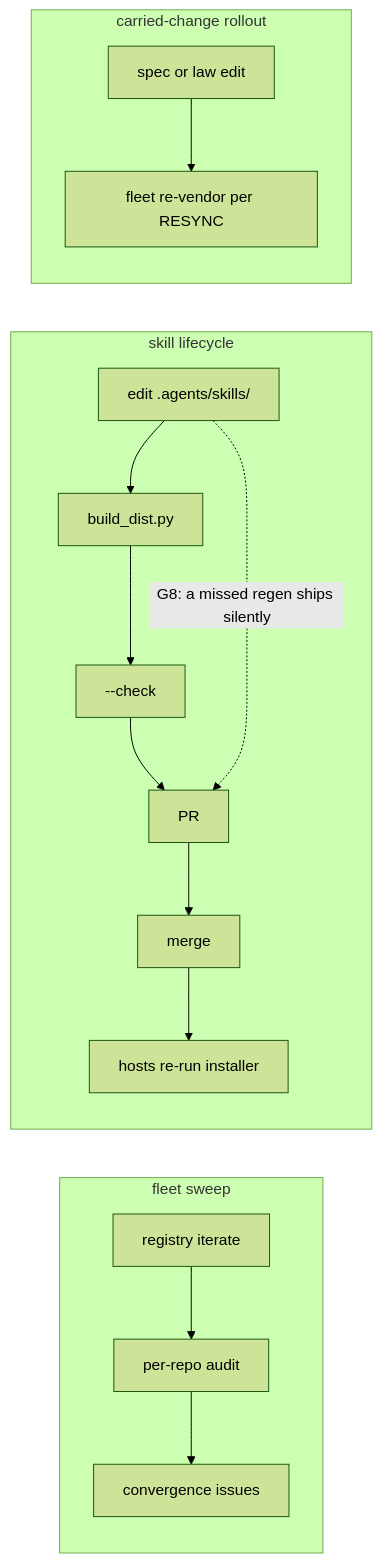
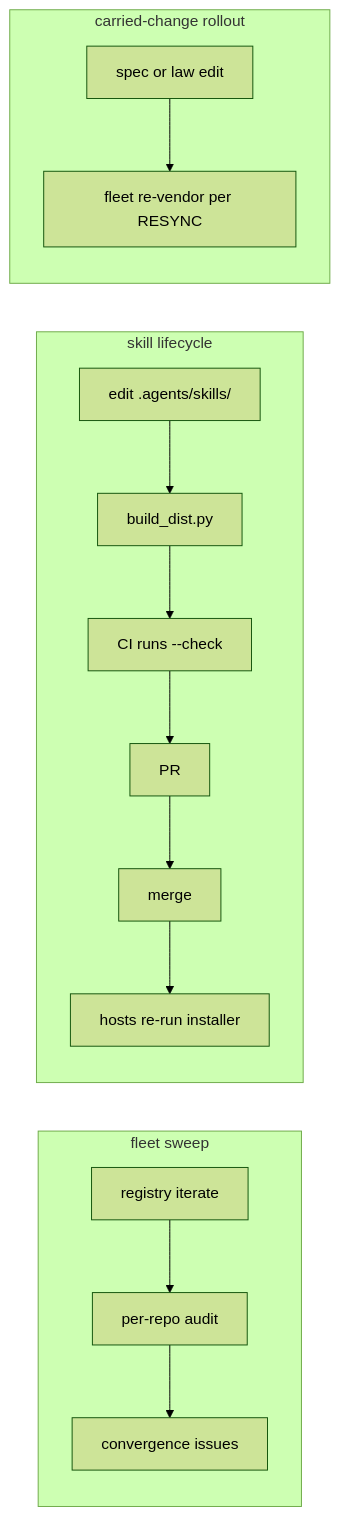
One commit to ptr727/ProjectTemplate changed the sixth of 7 diagrams in docs/fleet-map.md. Above: the diagram before and after it, drawn with Mermaid (forest theme). The commit also changed other lines of this file, not shown here.

First line of the commit message:
Mark Register Row G8 Closed, CI Already Runs build_dist.py --check

````diff
--- a/docs/fleet-map.md
+++ b/docs/fleet-map.md
@@ -143,13 +142,12 @@
 ```mermaid
 flowchart LR
   subgraph sweep["fleet sweep"]
     reg["registry iterate"] --> peraudit["per-repo audit"] --> issues["convergence issues"]
   end
   subgraph lifecycle["skill lifecycle"]
-    author["edit .agents/skills/"] --> gen["build_dist.py"] --> check["--check"] --> prq["PR"] --> merged["merge"] --> refresh["hosts re-run installer"]
-    author -.->|"G8: a missed regen ships silently"| prq
+    author["edit .agents/skills/"] --> gen["build_dist.py"] --> check["CI runs --check"] --> prq["PR"] --> merged["merge"] --> refresh["hosts re-run installer"]
   end
   subgraph rollout["carried-change rollout"]
     specedit["spec or law edit"] --> revendor["fleet re-vendor per RESYNC"]
   end
 ```
````
